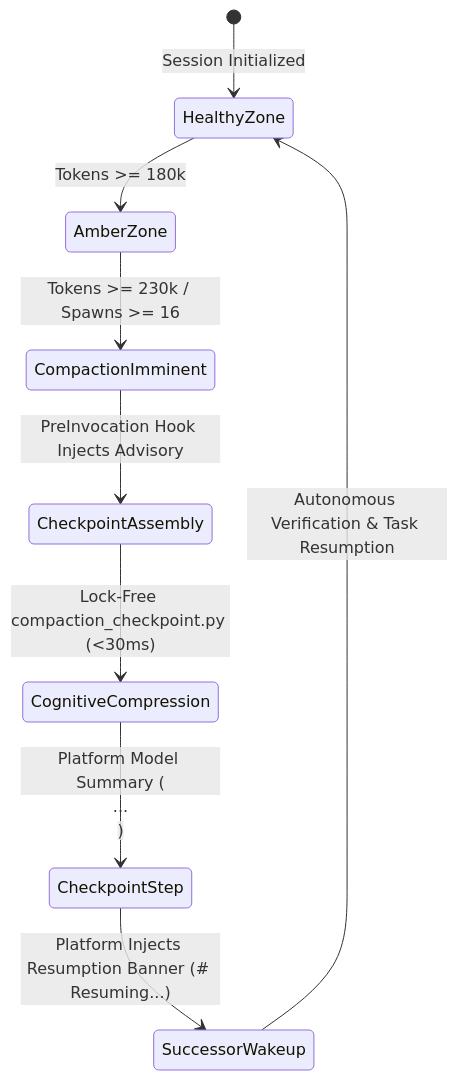
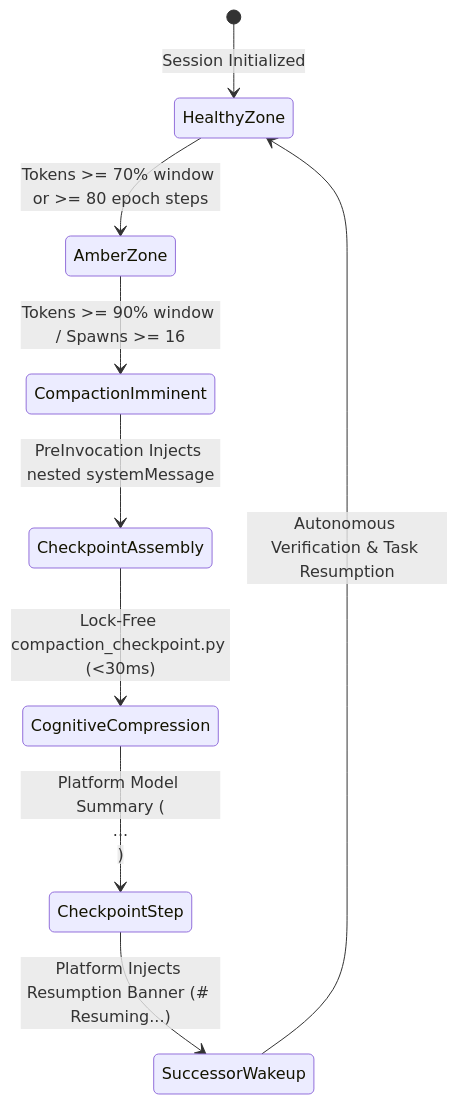
The fourth of 5 diagrams in docs/official-specs/cockpit-director.md (kuasha420/agyis-harness), drawn with Mermaid before and after one commit. The commit also changed other lines of this file and 23 other files, not shown here.

````diff
--- a/docs/official-specs/cockpit-director.md
+++ b/docs/official-specs/cockpit-director.md
@@ -288,11 +288,11 @@
 ```mermaid
 stateDiagram-v2
     [*] --> HealthyZone: Session Initialized
-    HealthyZone --> AmberZone: Tokens >= 180k
-    AmberZone --> CompactionImminent: Tokens >= 230k / Spawns >= 16
-    CompactionImminent --> CheckpointAssembly: PreInvocation Hook Injects Advisory
+    HealthyZone --> AmberZone: Tokens >= 70% window or >= 80 epoch steps
+    AmberZone --> CompactionImminent: Tokens >= 90% window / Spawns >= 16
+    CompactionImminent --> CheckpointAssembly: PreInvocation Injects nested systemMessage
     CheckpointAssembly --> CognitiveCompression: Lock-Free compaction_checkpoint.py (<30ms)
     CognitiveCompression --> CheckpointStep: Platform Model Summary (<summary>...</summary>)
     CheckpointStep --> SuccessorWakeup: Platform Injects Resumption Banner (# Resuming...)
     SuccessorWakeup --> HealthyZone: Autonomous Verification & Task Resumption
 ```
````
